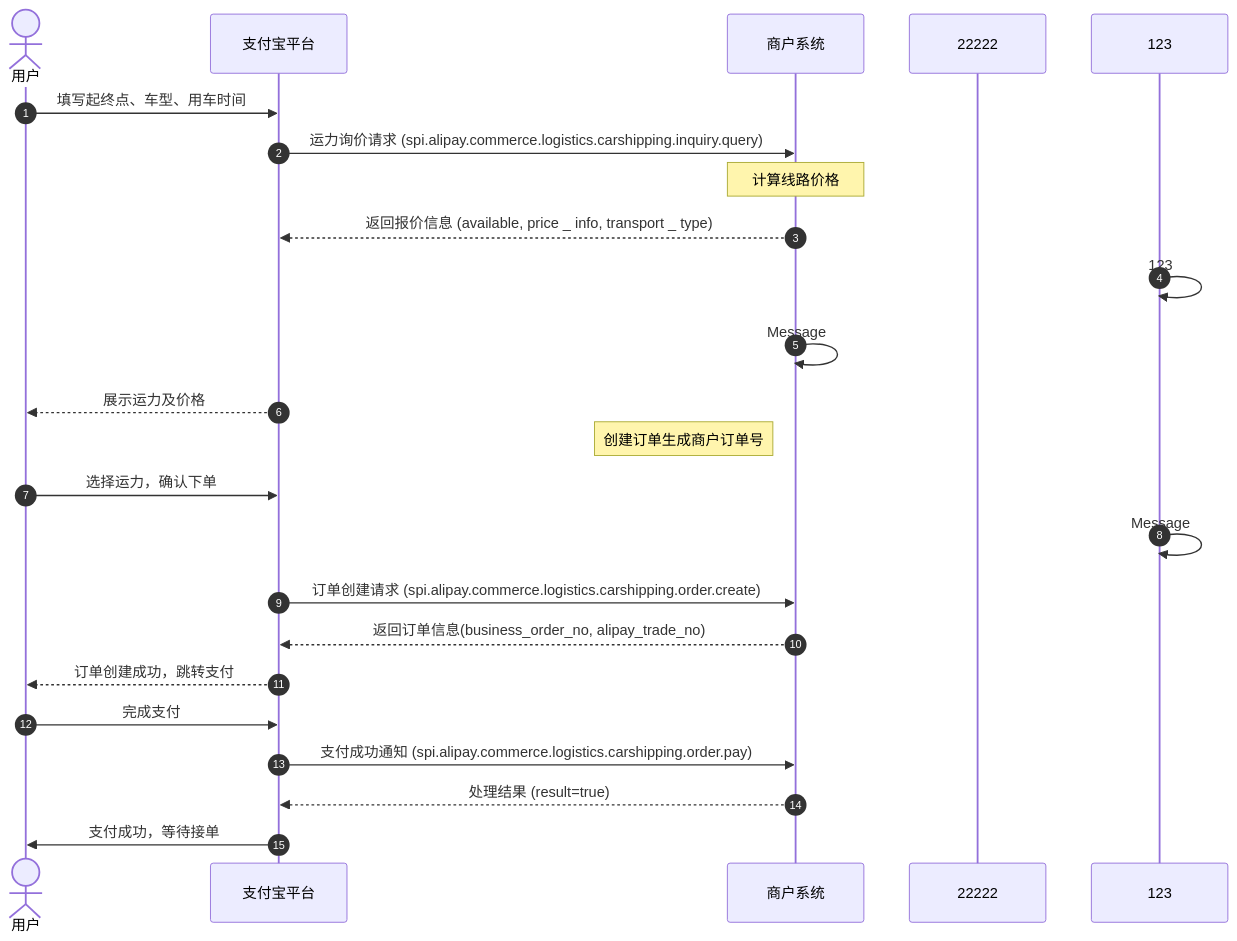
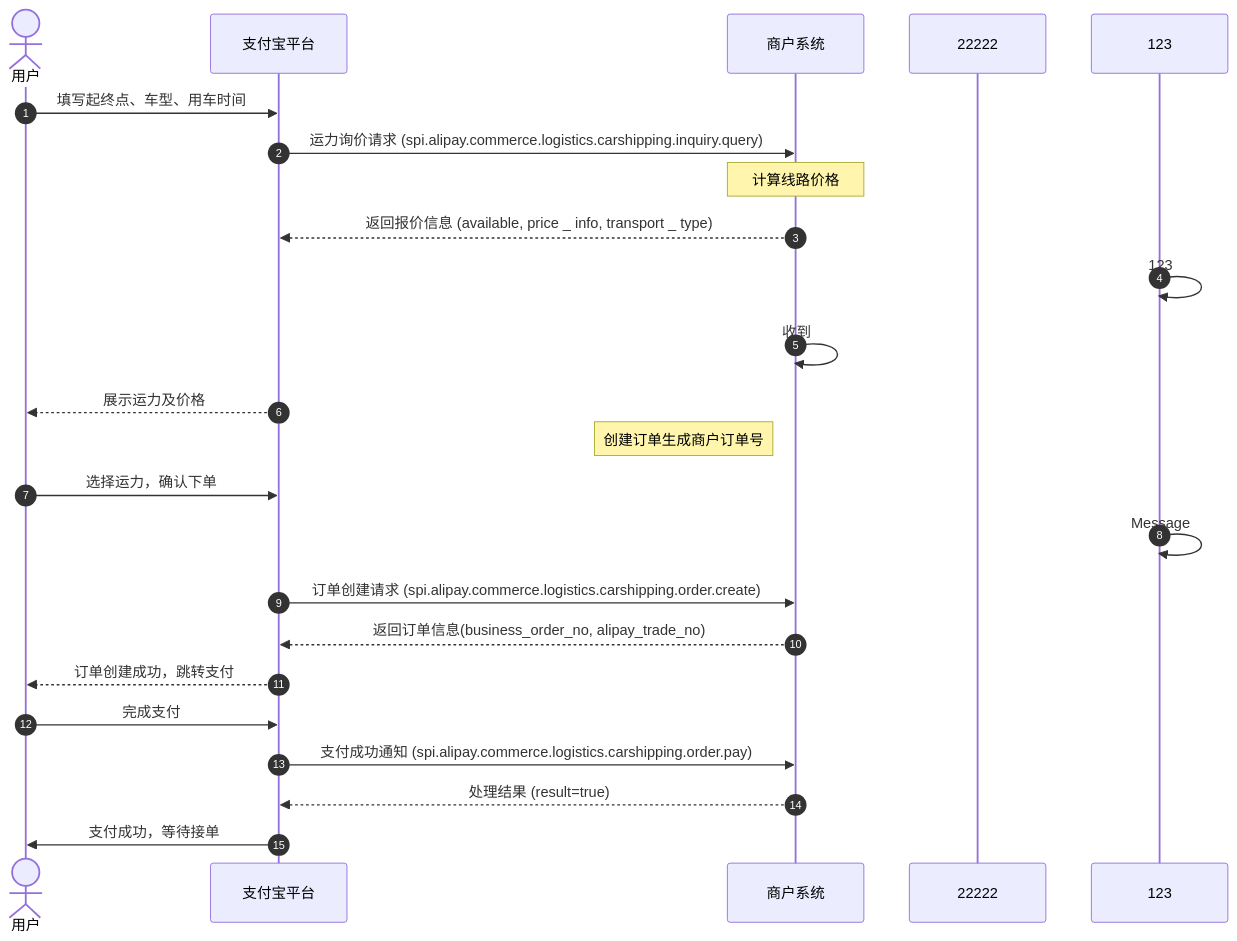
Before and after one commit to pingpm/mermaid_vault: the diagram in mmd/test_dba1b258-be6a-414c-9967-aedbcccfa44f.mmd, drawn with Mermaid. The commit also changed 2 other files, not shown here.

Commit message:
Sync Mermaid Studio data (8 diagrams)

```diff
--- a/mmd/test_dba1b258-be6a-414c-9967-aedbcccfa44f.mmd
+++ b/mmd/test_dba1b258-be6a-414c-9967-aedbcccfa44f.mmd
@@ -1,24 +1,24 @@
 sequenceDiagram
   autonumber
   actor p0 as 用户
   participant p1 as 支付宝平台
   participant p2 as 商户系统
   participant p3 as 22222
   participant p4 as 123
   p0->>p1: 填写起终点、⻋型、⽤⻋时间
   p1->>p2: 运⼒询价请求 (spi.alipay.commerce.logistics.carshipping.inquiry.query)
   Note over p2: 计算线路价格
   p2-->>p1: 返回报价信息 (available, price _ info, transport _ type)
   p4->>p4: 123
-  p2->>p2: Message
+  p2->>p2: 收到
   p1-->>p0: 展示运⼒及价格
   Note left of p2: 创建订单⽣成商户订单号
   p0->>p1: 选择运⼒，确认下单
   p4->>p4: Message
   p1->>p2: 订单创建请求 (spi.alipay.commerce.logistics.carshipping.order.create)
   p2-->>p1: 返回订单信息(business_order_no, alipay_trade_no)
   p1-->>p0: 订单创建成功，跳转⽀付
   p0->>p1: 完成⽀付
   p1->>p2: ⽀付成功通知 (spi.alipay.commerce.logistics.carshipping.order.pay)
   p2-->>p1: 处理结果 (result=true)
   p1->>p0: ⽀付成功，等待接单
```
